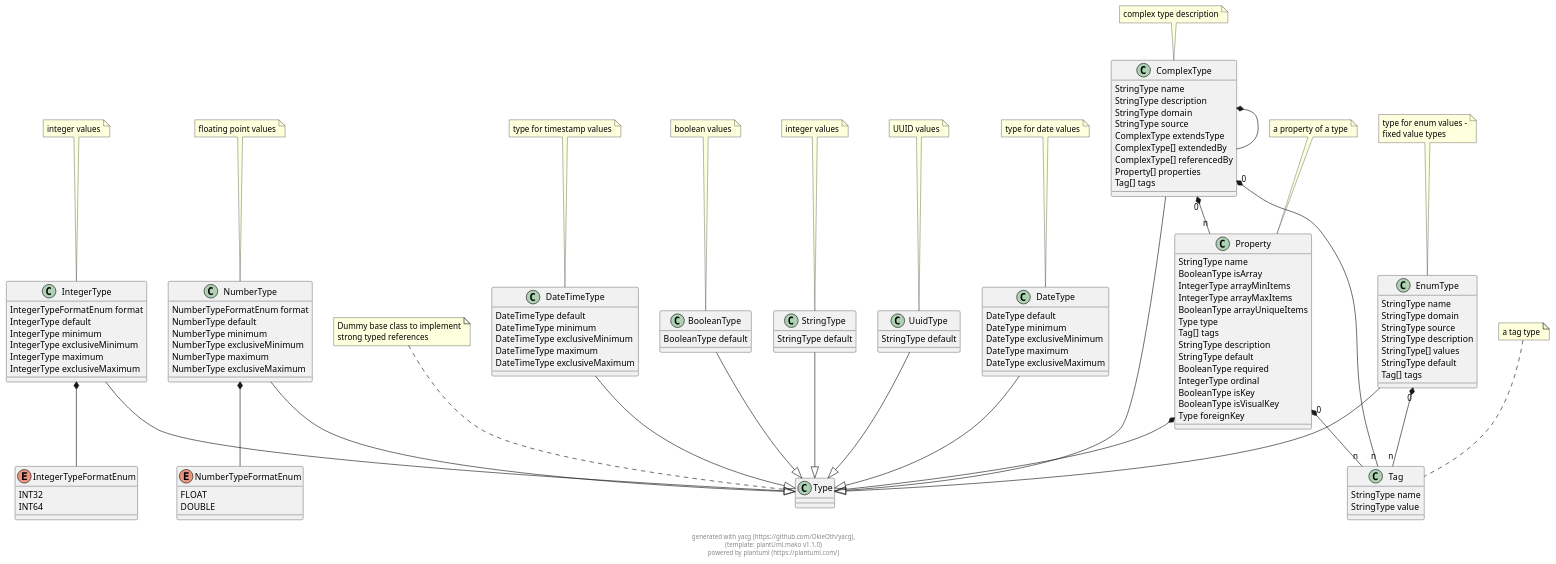
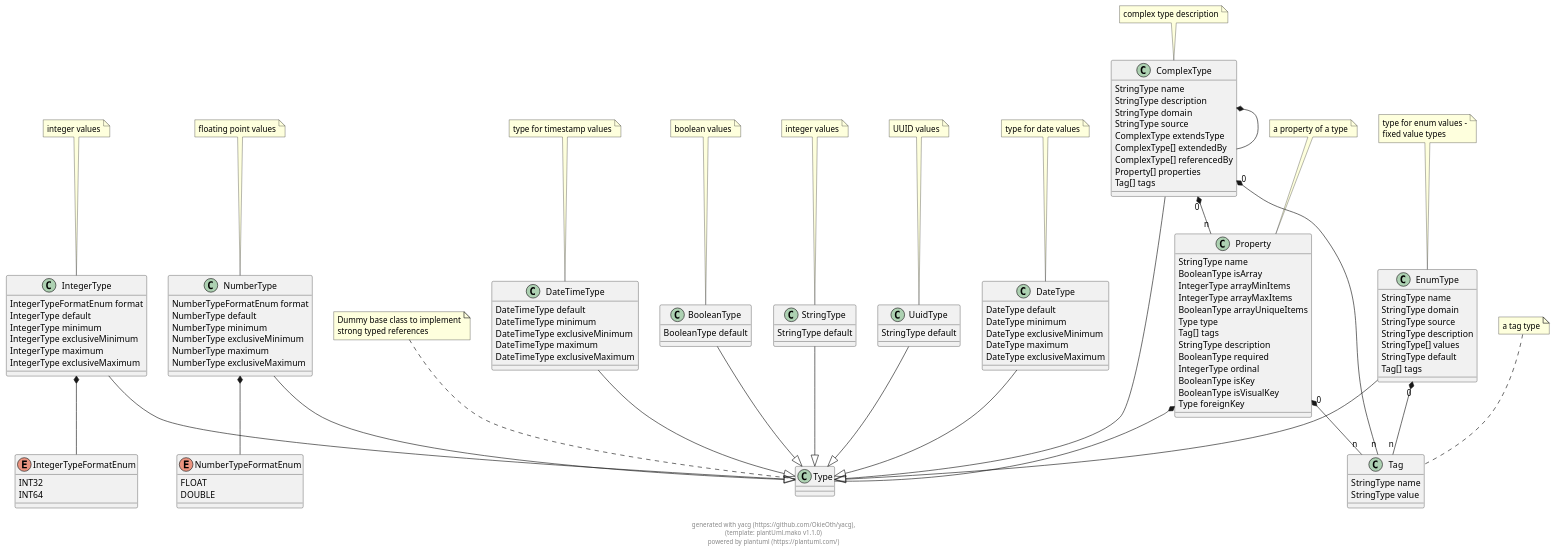
One commit to OkieOth/yacg changed the diagram in docs/puml/yacg_model.puml. Above: the diagram before and after it, drawn with PlantUML. The commit also changed 1 other file, not shown here.

```diff
--- a/docs/puml/yacg_model.puml
+++ b/docs/puml/yacg_model.puml
@@ -2,174 +2,173 @@
 @startuml
 
 class Type {
 }
 
 note top: Dummy base class to implement\nstrong typed references
 
 class IntegerType {
         IntegerTypeFormatEnum format 
         IntegerType default 
         IntegerType minimum 
         IntegerType exclusiveMinimum 
         IntegerType maximum 
         IntegerType exclusiveMaximum 
 }
 
 note top: integer values
 
 IntegerType --|> Type
 enum IntegerTypeFormatEnum {
     INT32
     INT64
 }
 
 
 class NumberType {
         NumberTypeFormatEnum format 
         NumberType default 
         NumberType minimum 
         NumberType exclusiveMinimum 
         NumberType maximum 
         NumberType exclusiveMaximum 
 }
 
 note top: floating point values
 
 NumberType --|> Type
 enum NumberTypeFormatEnum {
     FLOAT
     DOUBLE
 }
 
 
 class BooleanType {
         BooleanType default 
 }
 
 note top: boolean values
 
 BooleanType --|> Type
 class StringType {
         StringType default 
 }
 
 note top: integer values
 
 StringType --|> Type
 class UuidType {
         StringType default 
 }
 
 note top: UUID values
 
 UuidType --|> Type
 class EnumType {
         StringType name 
         StringType domain 
         StringType source 
         StringType description 
         StringType[] values 
         StringType default 
         Tag[] tags 
 }
 
 note top: type for enum values -\nfixed value types
 
 EnumType --|> Type
 class Tag {
         StringType name 
         StringType value 
 }
 
 note top: a tag type
 
 class DateType {
         DateType default 
         DateType minimum 
         DateType exclusiveMinimum 
         DateType maximum 
         DateType exclusiveMaximum 
 }
 
 note top: type for date values
 
 DateType --|> Type
 class DateTimeType {
         DateTimeType default 
         DateTimeType minimum 
         DateTimeType exclusiveMinimum 
         DateTimeType maximum 
         DateTimeType exclusiveMaximum 
 }
 
 note top: type for timestamp values
 
 DateTimeType --|> Type
 class ComplexType {
         StringType name 
         StringType description 
         StringType domain 
         StringType source 
         ComplexType extendsType 
         ComplexType[] extendedBy 
         ComplexType[] referencedBy 
         Property[] properties 
         Tag[] tags 
 }
 
 note top: complex type description
 
 ComplexType --|> Type
 class Property {
         StringType name 
         BooleanType isArray 
         IntegerType arrayMinItems 
         IntegerType arrayMaxItems 
         BooleanType arrayUniqueItems 
         Type type 
         Tag[] tags 
         StringType description 
-        StringType default 
         BooleanType required 
         IntegerType ordinal 
         BooleanType isKey 
         BooleanType isVisualKey 
         Type foreignKey 
 }
 
 note top: a property of a type
 
 
     
     
 IntegerType  *--  IntegerTypeFormatEnum        
             
     
     
 NumberType  *--  NumberTypeFormatEnum        
             
     
     
     
     
     
 EnumType "0" *-- "n" Tag        
             
     
     
     
     
 ComplexType  *--  ComplexType        
             
 ComplexType "0" *-- "n" Property        
             
 ComplexType "0" *-- "n" Tag        
             
     
 Property  *--  Type        
             
 Property "0" *-- "n" Tag        
             
 
 footer \ngenerated with yacg (https://github.com/OkieOth/yacg),\n(template: plantUml.mako v1.1.0)\npowered by plantuml (https://plantuml.com/)
 @enduml
```
